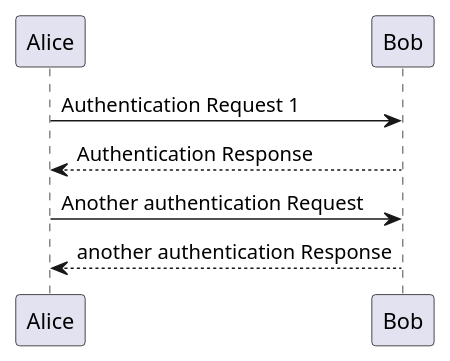
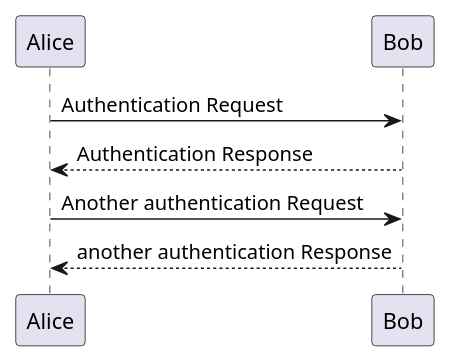
One commit to igordumchykov/sd changed the diagram in activation/sd/dds.puml. Above: the diagram before and after it, drawn with PlantUML.

```diff
--- a/activation/sd/dds.puml
+++ b/activation/sd/dds.puml
@@ -1,7 +1,7 @@
 @startuml
-Alice -> Bob: Authentication Request 1
+Alice -> Bob: Authentication Request
 Bob --> Alice: Authentication Response
 
 Alice -> Bob: Another authentication Request
 Alice <-- Bob: another authentication Response
 @enduml
```
